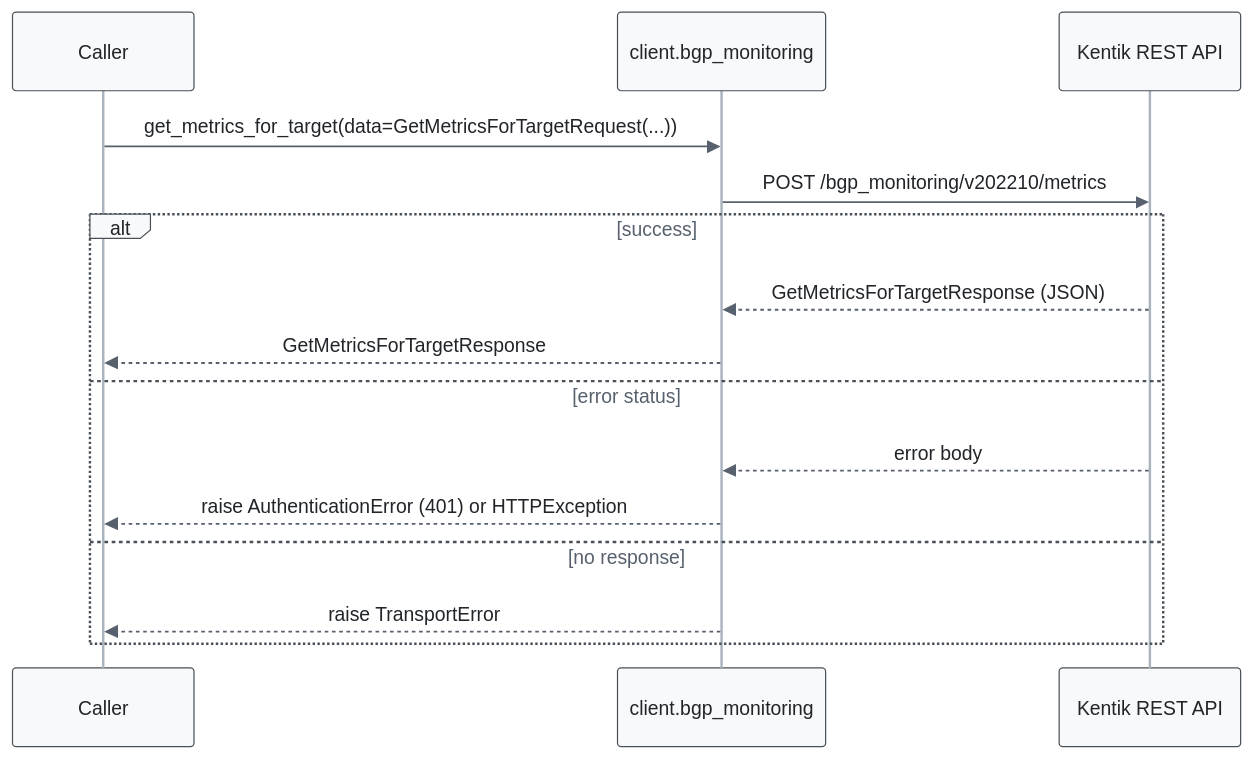
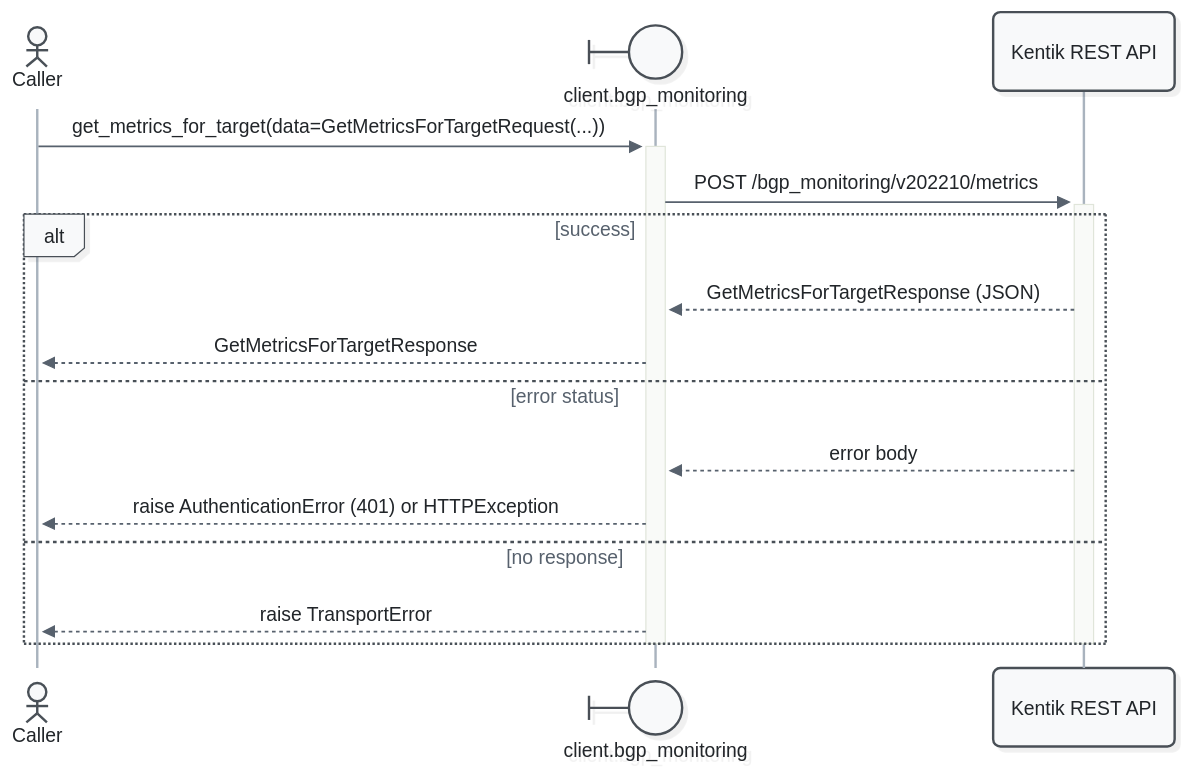
Before and after one commit to alexdearaujo/community_sdk_python: the first of 17 diagrams in docs/sphinx/services/bgp_monitoring.md, drawn with Mermaid. The commit also changed other lines of this file and 52 other files, not shown here.

First line of the commit message:
docs: Mermaid 12 sequence diagrams with participant types and path colors

````diff
--- a/docs/sphinx/services/bgp_monitoring.md
+++ b/docs/sphinx/services/bgp_monitoring.md
@@ -35,19 +35,21 @@
 ```mermaid
-%%{init: {"theme": "base", "fontFamily": "ui-monospace, SFMono-Regular, Menlo, monospace", "themeVariables": {"fontFamily": "ui-monospace, SFMono-Regular, Menlo, monospace", "primaryColor": "#f8f9fa", "primaryBorderColor": "#495057", "primaryTextColor": "#212529", "textColor": "#212529", "lineColor": "#77818c", "edgeLabelBackground": "#ffffff", "actorBkg": "#f8f9fa", "actorBorder": "#495057", "actorTextColor": "#212529", "actorLineColor": "#a9b3be", "signalColor": "#57616d", "signalTextColor": "#212529", "labelBoxBkgColor": "#f8f9fa", "labelBoxBorderColor": "#495057", "labelTextColor": "#212529", "loopTextColor": "#57616d", "noteBkgColor": "#fff9db", "noteBorderColor": "#f08c00", "noteTextColor": "#a35a00"}, "flowchart": {"curve": "step", "nodeSpacing": 30, "rankSpacing": 70, "wrappingWidth": 400}}}%%
+%%{init: {"theme": "redux", "look": "neo", "layout": "dagre", "fontFamily": "ui-monospace, SFMono-Regular, Menlo, monospace", "themeVariables": {"fontFamily": "ui-monospace, SFMono-Regular, Menlo, monospace", "primaryColor": "#f8f9fa", "primaryBorderColor": "#495057", "primaryTextColor": "#212529", "textColor": "#212529", "lineColor": "#77818c", "edgeLabelBackground": "#ffffff", "actorBkg": "#f8f9fa", "actorBorder": "#495057", "actorTextColor": "#212529", "actorLineColor": "#a9b3be", "signalColor": "#57616d", "signalTextColor": "#212529", "labelBoxBkgColor": "#f8f9fa", "labelBoxBorderColor": "#495057", "labelTextColor": "#212529", "loopTextColor": "#57616d", "noteBkgColor": "#fff9db", "noteBorderColor": "#f08c00", "noteTextColor": "#a35a00"}, "sequence": {"activationWidth": 16}, "flowchart": {"curve": "step", "nodeSpacing": 30, "rankSpacing": 70, "wrappingWidth": 400}}}%%
 sequenceDiagram
-    participant C as Caller
-    participant W as client.bgp_monitoring
+    actor C as Caller
+    participant W@{ "type": "boundary" } as client.bgp_monitoring
     participant API as Kentik REST API
 
-    C->>W: get_metrics_for_target(data=GetMetricsForTargetRequest(...))
-    W->>API: POST /bgp_monitoring/v202210/metrics
+    C->>+W: get_metrics_for_target(data=GetMetricsForTargetRequest(...))
+    W->>+API: POST /bgp_monitoring/v202210/metrics
     alt success
         API-->>W: GetMetricsForTargetResponse (JSON)
         W-->>C: GetMetricsForTargetResponse
     else error status
         API-->>W: error body
         W-->>C: raise AuthenticationError (401) or HTTPException
     else no response
         W-->>C: raise TransportError
     end
+    deactivate API
+    deactivate W
 ```
````
